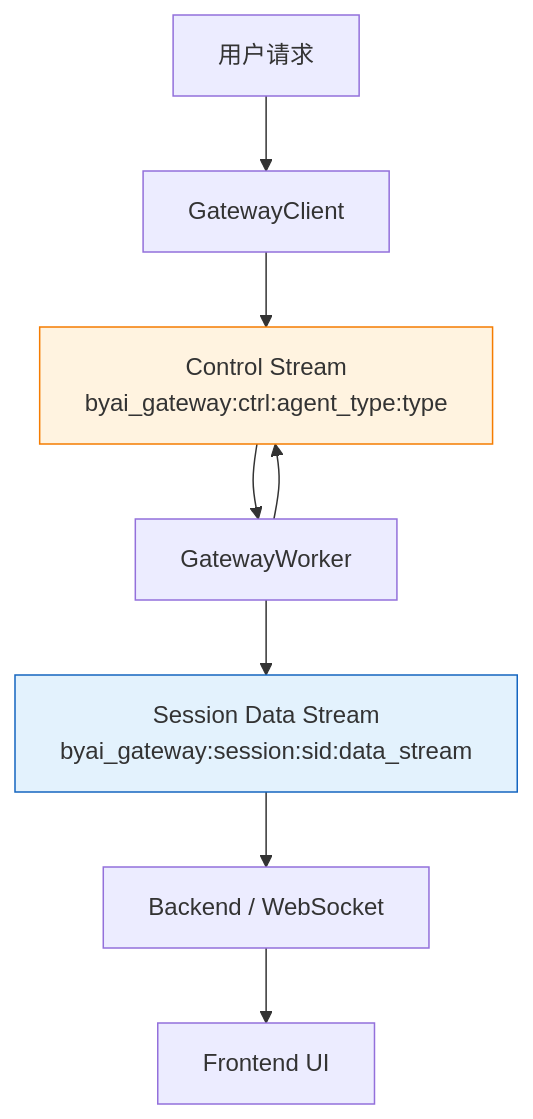
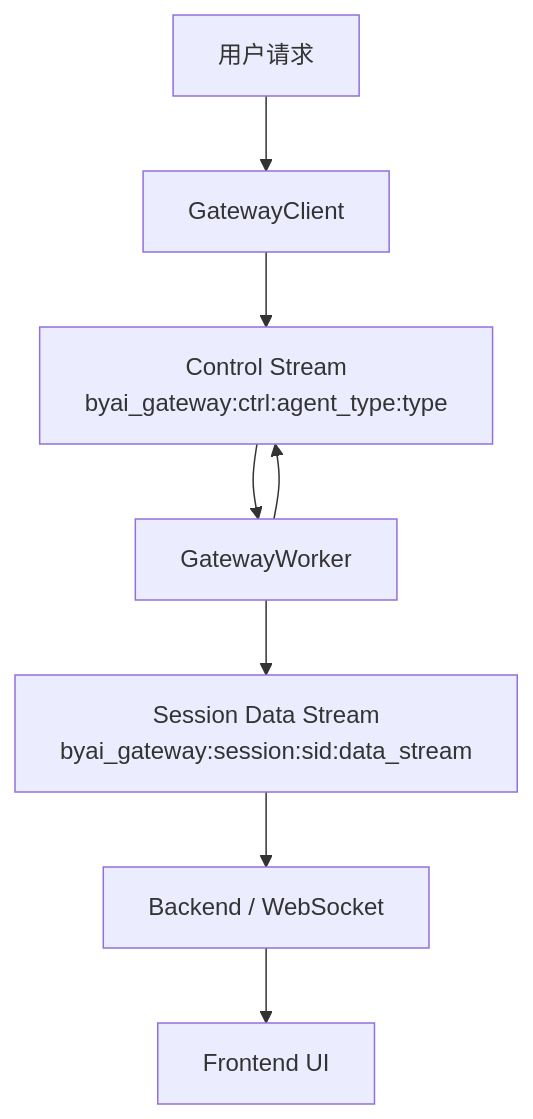
Before and after one commit to beyonai/by-framework-docs: the first of 5 diagrams in docs/architecture/data-flow.md, drawn with Mermaid. The commit also changed other lines of this file and 46 other files, not shown here.

````diff
--- a/docs/architecture/data-flow.md
+++ b/docs/architecture/data-flow.md
@@ -5,21 +5,19 @@
 ```mermaid
 graph TB
     User["用户请求"]
     Client["GatewayClient"]
     CtrlStream["Control Stream<br/>byai_gateway:ctrl:agent_type:type"]
     Worker["GatewayWorker"]
     DataStream["Session Data Stream<br/>byai_gateway:session:sid:data_stream"]
     Backend["Backend / WebSocket"]
     Frontend["Frontend UI"]
 
     User --> Client
     Client --> CtrlStream
     CtrlStream --> Worker
     Worker --> DataStream
     DataStream --> Backend
     Backend --> Frontend
     Worker --> CtrlStream
 
-    style CtrlStream fill:#fff3e0,stroke:#f57c00
-    style DataStream fill:#e3f2fd,stroke:#1565c0
 ```
````
